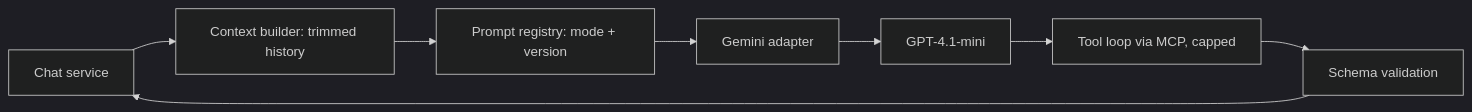
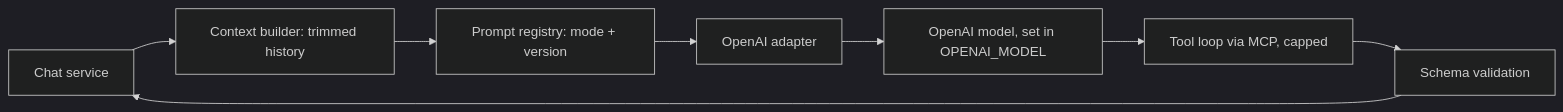
One commit to varsha-sonnad/Trailwise-AI-Agent changed the third of 3 diagrams in ARCHITECTURE.md. Above: the diagram before and after it, drawn with Mermaid (dark theme). The commit also changed other lines of this file and 8 other files, not shown here.

````diff
--- a/ARCHITECTURE.md
+++ b/ARCHITECTURE.md
@@ -180,10 +180,10 @@
 ```mermaid
 flowchart LR
   S[Chat service] --> PB[Context builder: trimmed history]
   PB --> PR[Prompt registry: mode + version]
-  PR --> AD[Gemini adapter]
-  AD --> LLM[GPT-4.1-mini]
+  PR --> AD[OpenAI adapter]
+  AD --> LLM[OpenAI model, set in OPENAI_MODEL]
   LLM --> TL[Tool loop via MCP, capped]
   TL --> V[Schema validation]
   V --> S
 ```
````
